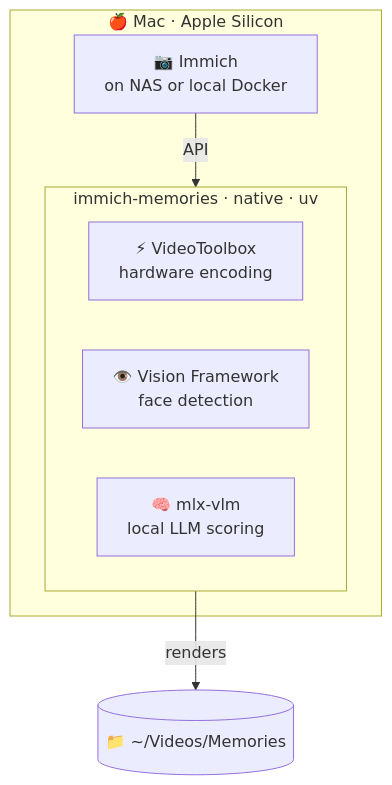
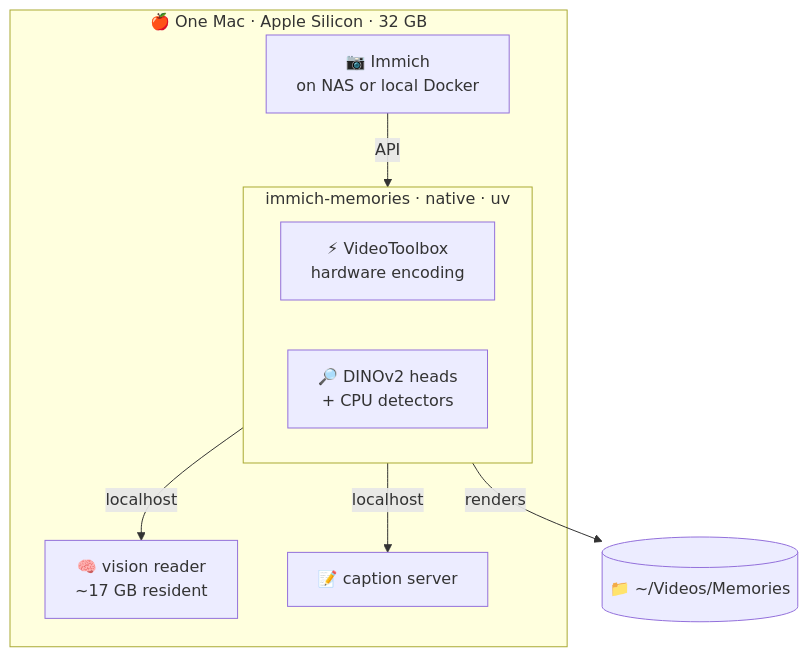
The diagram in docs-site/diagrams/setup-mac.mmd (chenzeyan54-commits/immich-video-memory-generator), drawn with Mermaid before and after one commit. The commit also changed 74 other files, not shown here.

```diff
--- a/docs-site/diagrams/setup-mac.mmd
+++ b/docs-site/diagrams/setup-mac.mmd
@@ -1,12 +1,15 @@
 graph TB
-    subgraph Mac["🍎 Mac · Apple Silicon"]
+    subgraph Mac["🍎 One Mac · Apple Silicon · 32 GB"]
         Immich["📷 Immich<br/>on NAS or local Docker"]
         subgraph Native["immich-memories · native · uv"]
             VT["⚡ VideoToolbox<br/>hardware encoding"]
-            Vision["👁️ Vision Framework<br/>face detection"]
-            MLX["🧠 mlx-vlm<br/>local LLM scoring"]
+            Heads["🔎 DINOv2 heads<br/>+ CPU detectors"]
         end
+        Reader["🧠 vision reader<br/>~17 GB resident"]
+        Caption["📝 caption server"]
     end
 
     Immich -->|API| Native
+    Native -->|localhost| Reader
+    Native -->|localhost| Caption
     Native -->|renders| Output[("📁 ~/Videos/Memories")]
```
